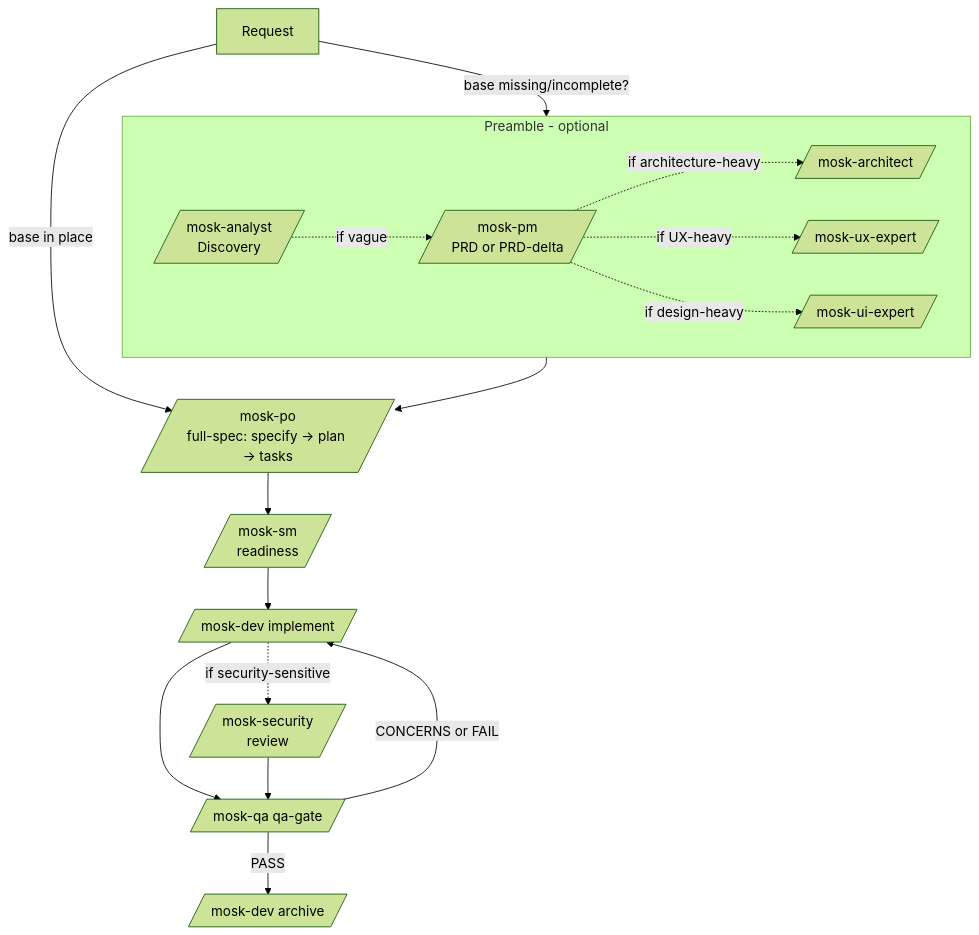
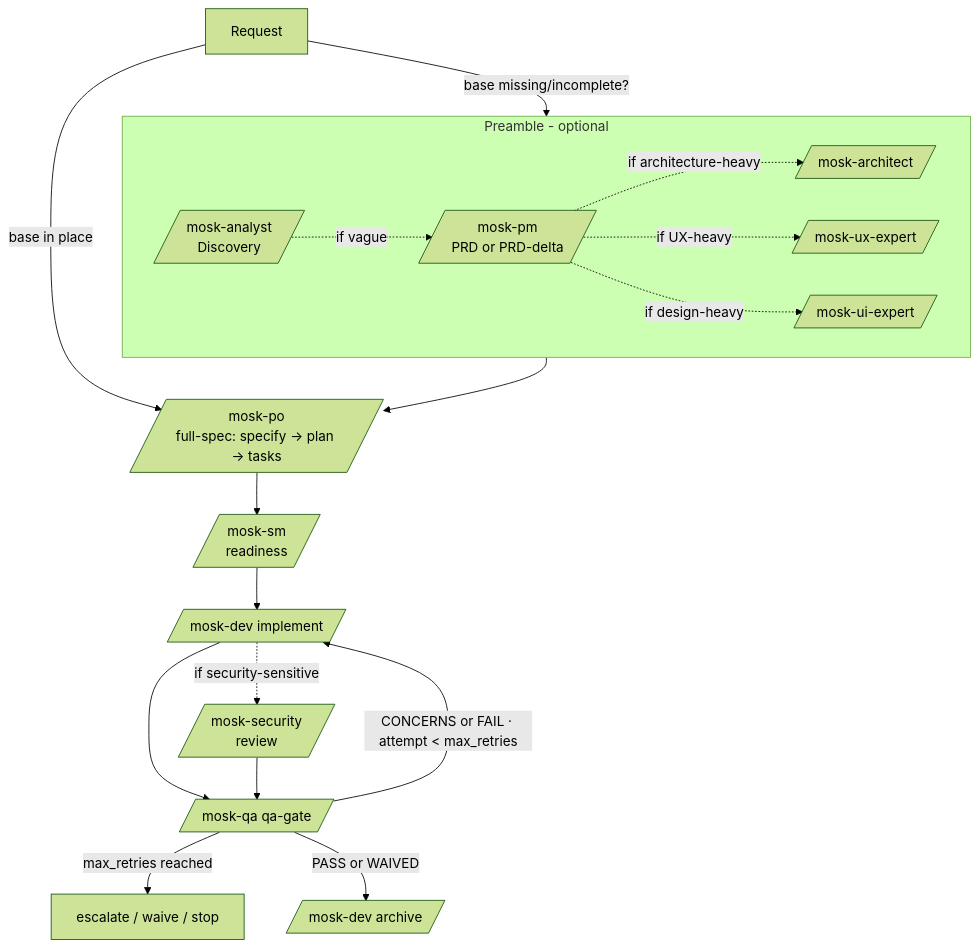
The diagram in README.md (rogerznts/mosk), drawn with Mermaid (forest theme) before and after one commit. The commit also changed other lines of this file, not shown here.

First line of the commit message:
docs(mosk): atualizar README com grafo consultivo + delivery-loop (specs 004/005)

````diff
--- a/README.md
+++ b/README.md
@@ -77,21 +81,22 @@
 ```mermaid
 flowchart TD
     A[Request] -->|base missing/incomplete?| PRE
     A -->|base in place| F
 
     subgraph PRE [Preamble - optional]
         B[/mosk-analyst<br/>Discovery/] -. if vague .-> C[/mosk-pm<br/>PRD or PRD-delta/]
         C -. if architecture-heavy .-> E[/mosk-architect/]
         C -. if UX-heavy .-> D[/mosk-ux-expert/]
         C -. if design-heavy .-> W[/mosk-ui-expert/]
     end
 
     PRE --> F[/mosk-po<br/>full-spec: specify → plan → tasks/]
     F --> G[/mosk-sm<br/>readiness/]
     G --> H[/mosk-dev implement/]
     H -. if security-sensitive .-> S[/mosk-security<br/>review/]
     H --> I[/mosk-qa qa-gate/]
     S --> I
-    I -->|CONCERNS or FAIL| H
-    I -->|PASS| J[/mosk-dev archive/]
+    I -->|CONCERNS or FAIL · attempt < max_retries| H
+    I -->|max_retries reached| K[escalate / waive / stop]
+    I -->|PASS or WAIVED| J[/mosk-dev archive/]
 ```
````
